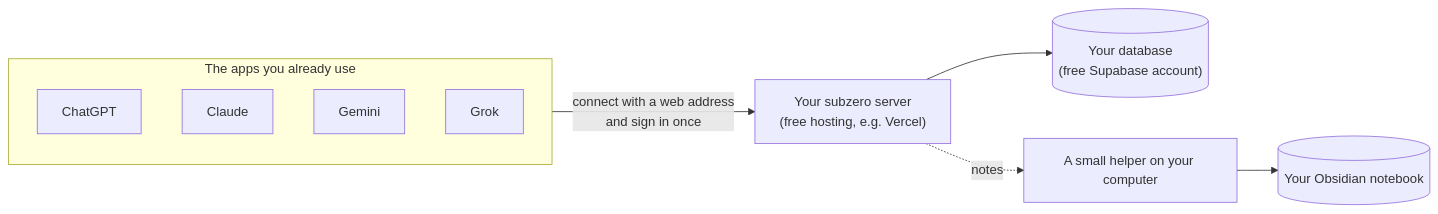
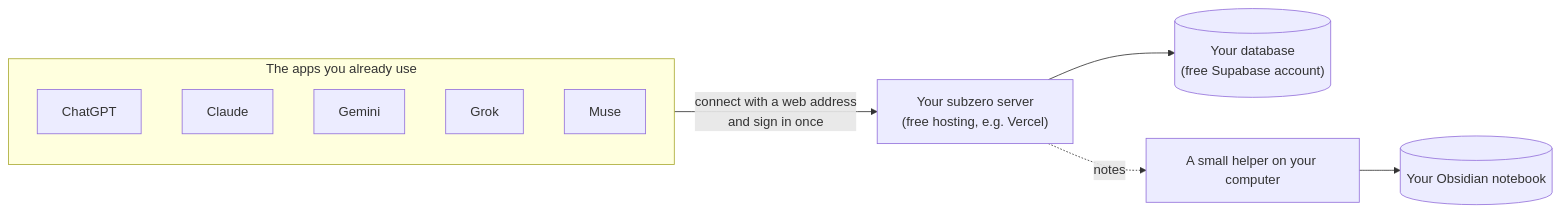
Before and after one commit to DanDo385/subzero: the diagram in README.md, drawn with Mermaid. The commit also changed other lines of this file and 22 other files, not shown here.

````diff
--- a/README.md
+++ b/README.md
@@ -28,13 +31,14 @@
 ```mermaid
 flowchart LR
     subgraph Apps["The apps you already use"]
         A[ChatGPT]
         B[Claude]
         C[Gemini]
         D[Grok]
+        E[Muse]
     end
     Apps -->|"connect with a web address<br/>and sign in once"| S["Your subzero server<br/>(free hosting, e.g. Vercel)"]
     S --> DB[("Your database<br/>(free Supabase account)")]
     S -.->|notes| W["A small helper on your computer"]
     W --> O[("Your Obsidian notebook")]
 ```
````
